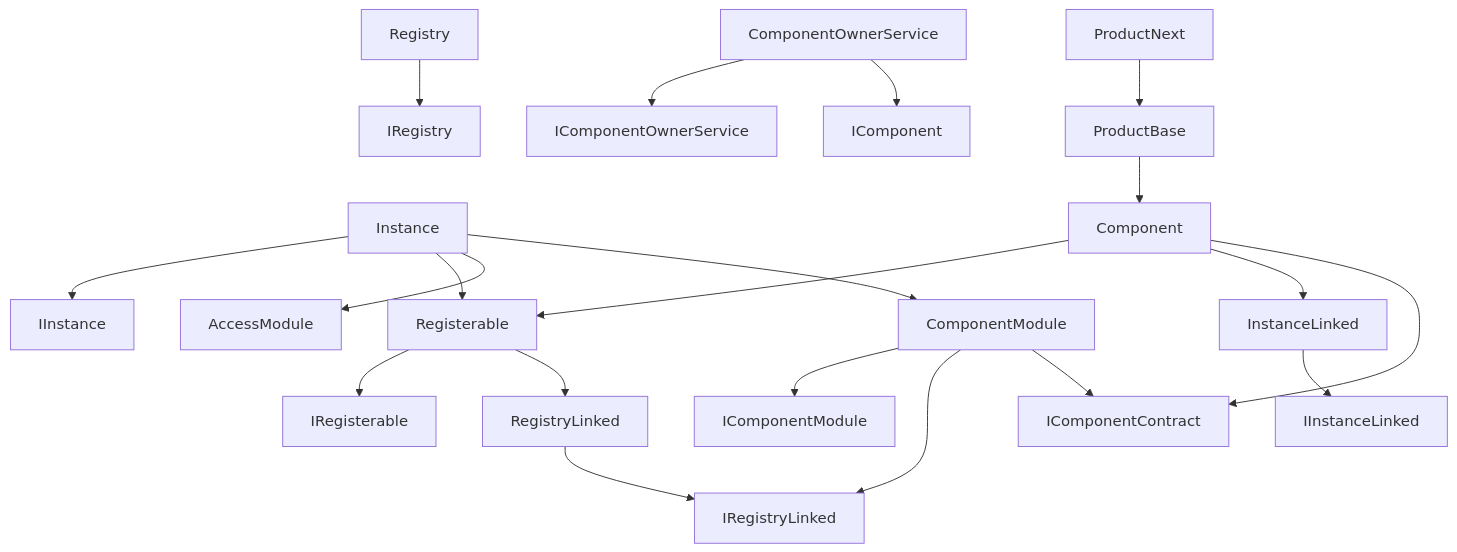
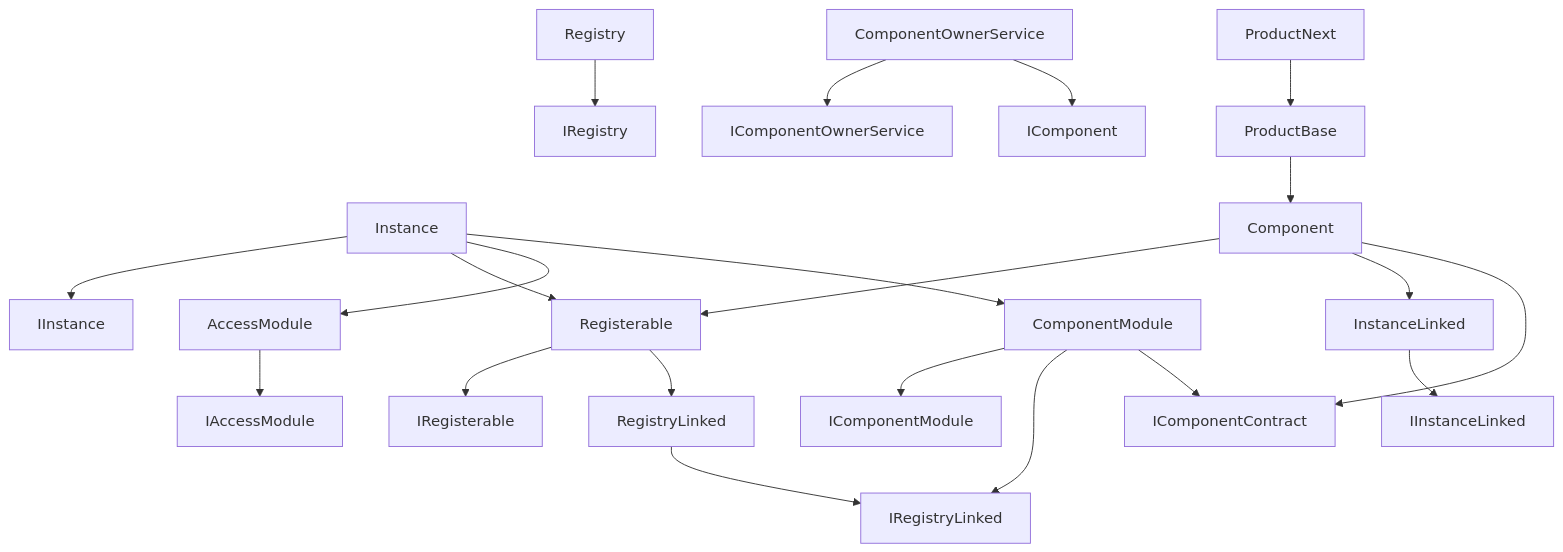
The second of 2 diagrams in contracts/experiment/overview.md (etherisc/registry-contracts), drawn with Mermaid before and after one commit. The commit also changed other lines of this file and 3 other files, not shown here.

````diff
--- a/contracts/experiment/overview.md
+++ b/contracts/experiment/overview.md
@@ -28,30 +28,32 @@
 ```mermaid
 graph TD;
 
     RegistryLinked --> IRegistryLinked;
 
     Registerable --> IRegisterable;
     Registerable --> RegistryLinked;
 
     Registry --> IRegistry;
 
     Instance --> IInstance;
     Instance --> Registerable;
     Instance --> AccessModule;
     Instance --> ComponentModule;
+
+    AccessModule --> IAccessModule;
 
     ComponentModule --> IComponentModule;
     ComponentModule --> IRegistryLinked;
     ComponentModule --> IComponentContract;
 
     ComponentOwnerService --> IComponentOwnerService;
     ComponentOwnerService --> IComponent;
 
     InstanceLinked --> IInstanceLinked;
 
     Component --> Registerable;
     Component --> InstanceLinked;
     Component --> IComponentContract;
 
     ProductNext --> ProductBase --> Component;
 ```
````
